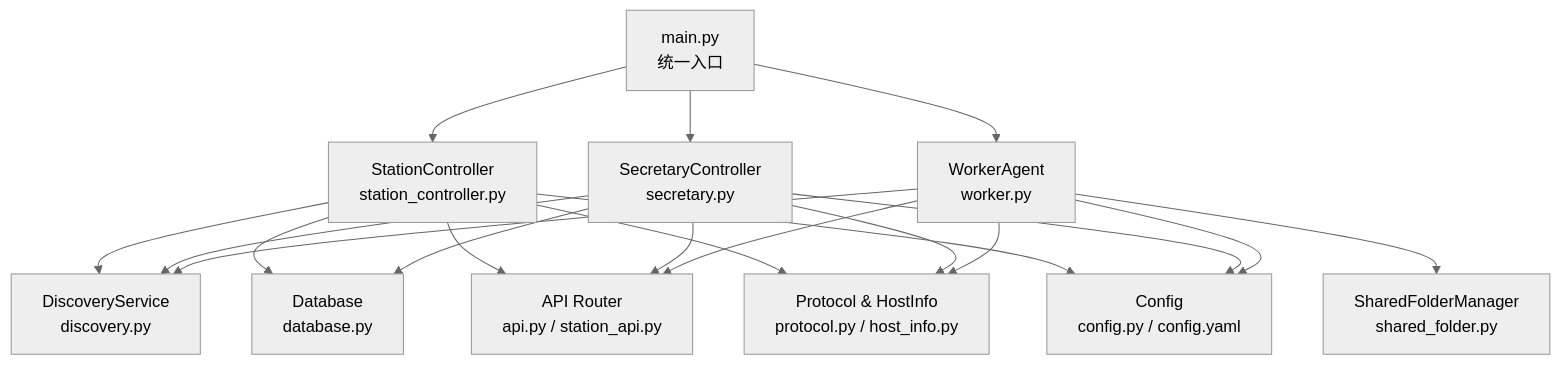
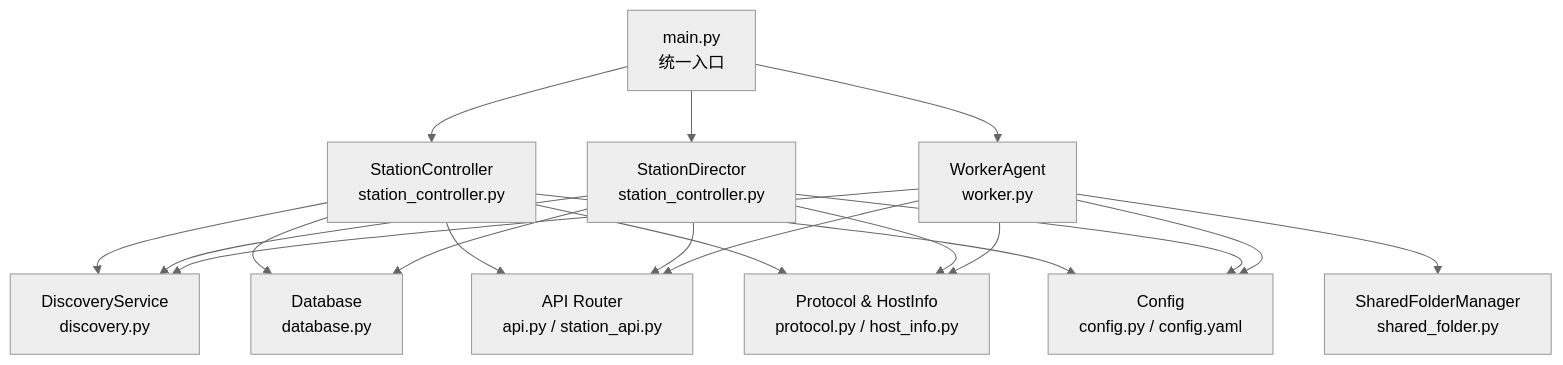
Before and after one commit to targalian/Personal-distributed-workstation: the first of 14 diagrams in .qoder/repowiki/zh/content/开发者指南/代码审查指南.md, drawn with Mermaid (neutral theme). The commit also changed other lines of this file and 63 other files, not shown here.

Commit message:
docs(station): 同步 repo wiki 至 station_controller/station_api 架构

````diff
--- a/.qoder/repowiki/zh/content/开发者指南/代码审查指南.md
+++ b/.qoder/repowiki/zh/content/开发者指南/代码审查指南.md
@@ -47,21 +47,21 @@
 ```mermaid
 graph TB
 A["main.py<br/>统一入口"] --> B["StationController<br/>station_controller.py"]
-A --> C["SecretaryController<br/>secretary.py"]
+A --> C["StationDirector<br/>station_controller.py"]
 A --> D["WorkerAgent<br/>worker.py"]
 B --> E["DiscoveryService<br/>discovery.py"]
 C --> E
 D --> E
 B --> F["Database<br/>database.py"]
 C --> F
 D --> G["SharedFolderManager<br/>shared_folder.py"]
 B --> H["API Router<br/>api.py / station_api.py"]
 C --> H
 D --> H
 B --> I["Protocol & HostInfo<br/>protocol.py / host_info.py"]
 C --> I
 D --> I
 B --> J["Config<br/>config.py / config.yaml"]
 C --> J
 D --> J
 ```
````
